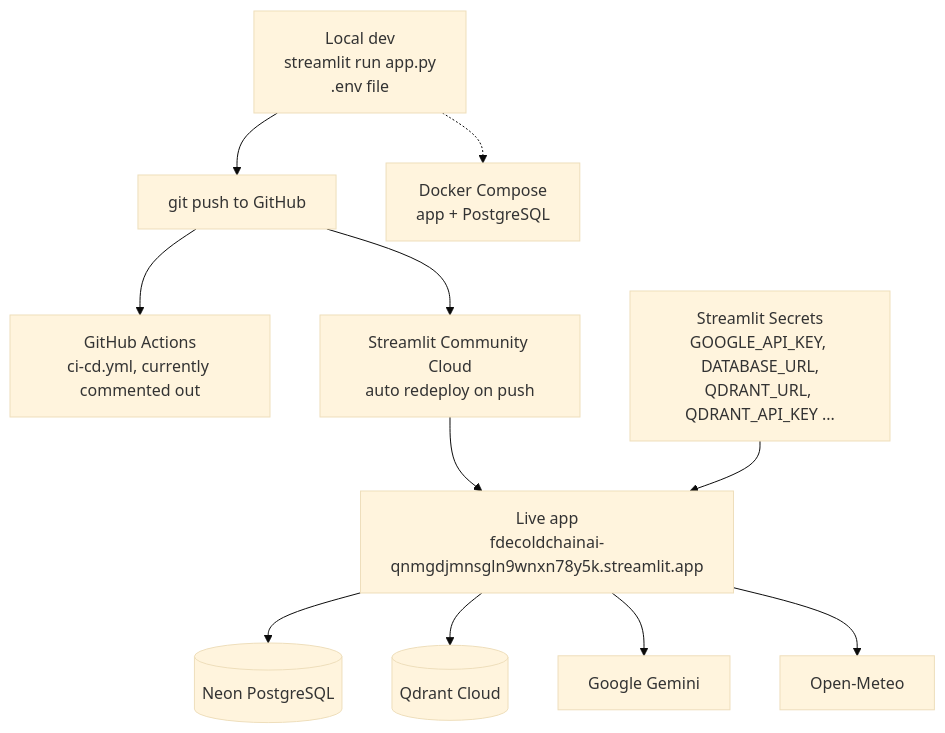
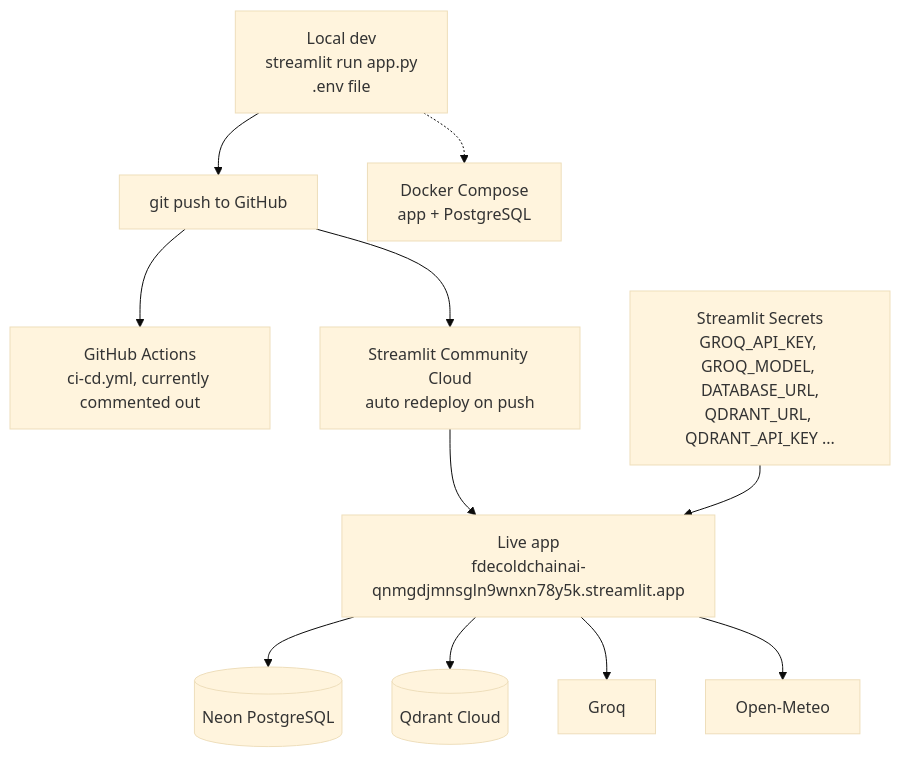
Before and after one commit to Nagendrakumarkv/FDE_COLD_CHAIN_AI: the eighth of 8 diagrams in context/workflow.md, drawn with Mermaid (base theme). The commit also changed other lines of this file and 19 other files, not shown here.

Commit message:
groq API key integration

````diff
--- a/context/workflow.md
+++ b/context/workflow.md
@@ -142,13 +142,13 @@
 ```mermaid
 flowchart TD
     DEV[Local dev<br/>streamlit run app.py<br/>.env file] --> GIT[git push to GitHub]
     GIT --> CI[GitHub Actions<br/>ci-cd.yml, currently commented out]
     GIT --> SC[Streamlit Community Cloud<br/>auto redeploy on push]
     SC --> APP[Live app<br/>fdecoldchainai-qnmgdjmnsgln9wnxn78y5k.streamlit.app]
-    SEC[Streamlit Secrets<br/>GOOGLE_API_KEY, DATABASE_URL,<br/>QDRANT_URL, QDRANT_API_KEY ...] --> APP
+    SEC[Streamlit Secrets<br/>GROQ_API_KEY, GROQ_MODEL, DATABASE_URL,<br/>QDRANT_URL, QDRANT_API_KEY ...] --> APP
     APP --> NEON[(Neon PostgreSQL)]
     APP --> QD[(Qdrant Cloud)]
-    APP --> GEM[Google Gemini]
+    APP --> GEM[Groq]
     APP --> OM[Open-Meteo]
     DEV -.-> DK[Docker Compose<br/>app + PostgreSQL]
 ```
````
